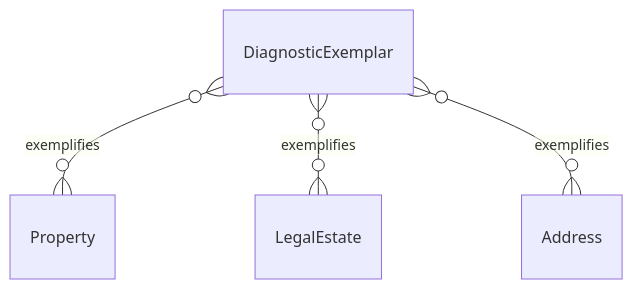
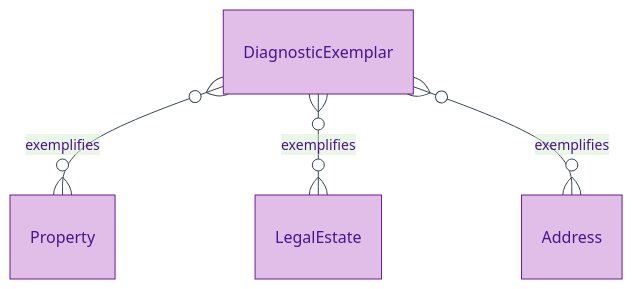
One commit to sparkling/opda changed the diagram in docs/manual/logical/foundation/diagnostic-exemplar.md. Above: the diagram before and after it, drawn with Mermaid. The commit also changed other lines of this file and 179 other files, not shown here.

First line of the commit message:
docs(manual): Logical-tier diagram expansion via /diagramming skill

````diff
--- a/docs/manual/logical/foundation/diagnostic-exemplar.md
+++ b/docs/manual/logical/foundation/diagnostic-exemplar.md
@@ -30,6 +35,10 @@
 ```mermaid
+%%{init: {"theme": "base", "themeVariables": {"primaryColor": "#E1BEE7", "primaryTextColor": "#4A148C", "primaryBorderColor": "#6A1B9A", "lineColor": "#37474F"}}}%%
 erDiagram
+    accTitle: DiagnosticExemplar — Entity-Relationship Diagram
+    accDescr: DiagnosticExemplar — named hard-case fragment exemplifying Property, LegalEstate, or Address IC surfaces for Council session validation.
+
     DiagnosticExemplar }o--o{ Property : "exemplifies"
     DiagnosticExemplar }o--o{ LegalEstate : "exemplifies"
     DiagnosticExemplar }o--o{ Address : "exemplifies"
 ```
````
